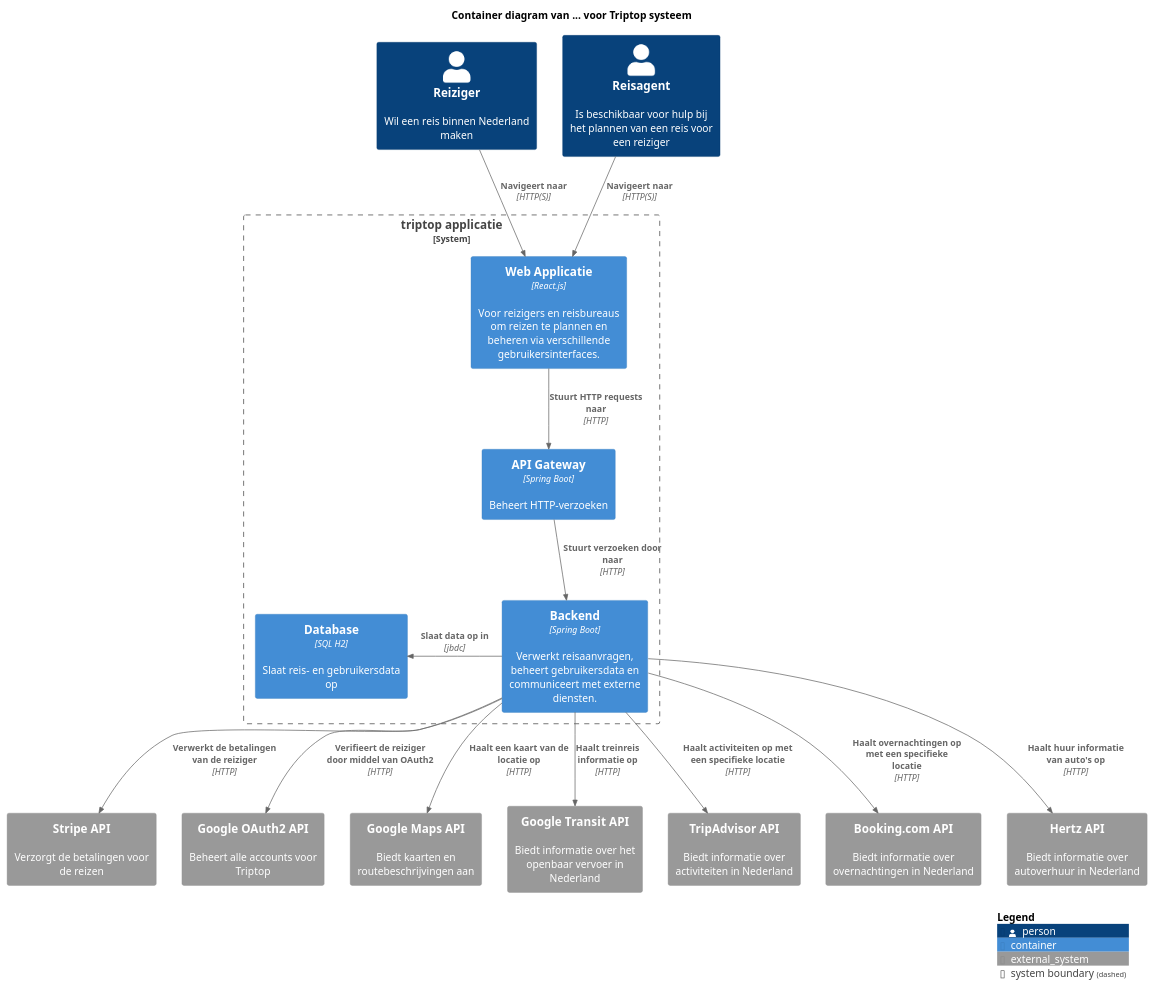
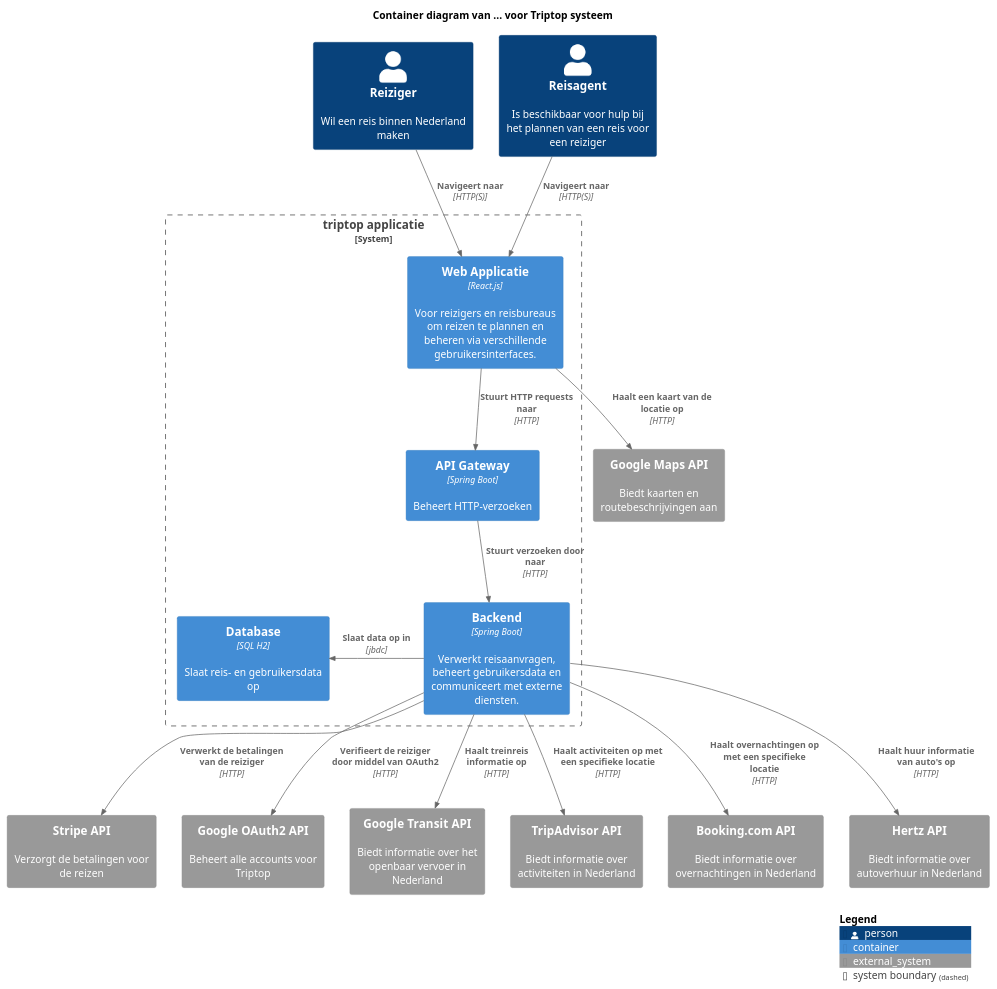
The diagram in opdracht-diagrammen/containerdiagram.puml (AIM-ENE-feb25/triptop-groep-b6), drawn with PlantUML before and after one commit.

```diff
--- a/opdracht-diagrammen/containerdiagram.puml
+++ b/opdracht-diagrammen/containerdiagram.puml
@@ -1,40 +1,40 @@
 @startuml containerdiagram van ... voor het voor triptop systeem
 !include https://raw.githubusercontent.com/plantuml-stdlib/C4-PlantUML/master/C4_Container.puml
 top to bottom direction
 
 Title Container diagram van ... voor Triptop systeem
 
 Person(Reiziger, "Reiziger", "Wil een reis binnen Nederland maken")
 Person(Reisagent, "Reisagent", "Is beschikbaar voor hulp bij het plannen van een reis voor een reiziger")
 
 System_Boundary("key_boundary", "triptop applicatie", $tags="") {
     Container(WebApplicatie, "Web Applicatie", "React.js", "Voor reizigers en reisbureaus om reizen te plannen en beheren via verschillende gebruikersinterfaces.")
     Container(APIGateway, "API Gateway", "Spring Boot", "Beheert HTTP-verzoeken")
     Container(Backend, "Backend", "Spring Boot", "Verwerkt reisaanvragen, beheert gebruikersdata en communiceert met externe diensten.")
     Container(Database, "Database", "SQL H2", "Slaat reis- en gebruikersdata op")
 }
 
 System_Ext(BetalingsAPI, "Stripe API", "Verzorgt de betalingen voor de reizen")
 System_Ext(IdentityProviderAPI, "Google OAuth2 API", "Beheert alle accounts voor Triptop")
 System_Ext(MapsAPI, "Google Maps API", "Biedt kaarten en routebeschrijvingen aan")
 System_Ext(VervoerderAPI, "Google Transit API", "Biedt informatie over het openbaar vervoer in Nederland")
 System_Ext(ActiviteitenAPI, "TripAdvisor API", "Biedt informatie over activiteiten in Nederland")
 System_Ext(OvernachtingenAPI, "Booking.com API", "Biedt informatie over overnachtingen in Nederland")
 System_Ext(AutoVerhuurAPI, "Hertz API", "Biedt informatie over autoverhuur in Nederland")
 
 Rel_D(Reiziger, WebApplicatie, "Navigeert naar", $techn="HTTP(S)")
 Rel_D(Reisagent, WebApplicatie, "Navigeert naar", $techn="HTTP(S)")
 Rel_D(WebApplicatie, APIGateway, "Stuurt HTTP requests naar", $techn="HTTP")
 Rel_D(APIGateway, Backend, "Stuurt verzoeken door naar", $techn="HTTP")
 Rel_L(Backend, Database, "Slaat data op in", $techn="jbdc")
 
 Rel_D(Backend, IdentityProviderAPI, "Verifieert de reiziger\ndoor middel van OAuth2", $techn="HTTP")
 Rel_D(Backend, BetalingsAPI, "Verwerkt de betalingen van de reiziger", $techn="HTTP")
-Rel_D(Backend, MapsAPI, "Haalt een kaart van de locatie op", $techn="HTTP")
+Rel_D(WebApplicatie, MapsAPI, "Haalt een kaart van de locatie op", $techn="HTTP")
 Rel_D(Backend, VervoerderAPI, "Haalt treinreis informatie op", $techn="HTTP")
 Rel_D(Backend, ActiviteitenAPI, "Haalt activiteiten op met een specifieke locatie", $techn="HTTP")
 Rel_D(Backend, OvernachtingenAPI, "Haalt overnachtingen op met een specifieke locatie", $techn="HTTP")
 Rel_D(Backend, AutoVerhuurAPI, "Haalt huur informatie van auto's op", $techn="HTTP")
 
 SHOW_LEGEND()
 @enduml
```
